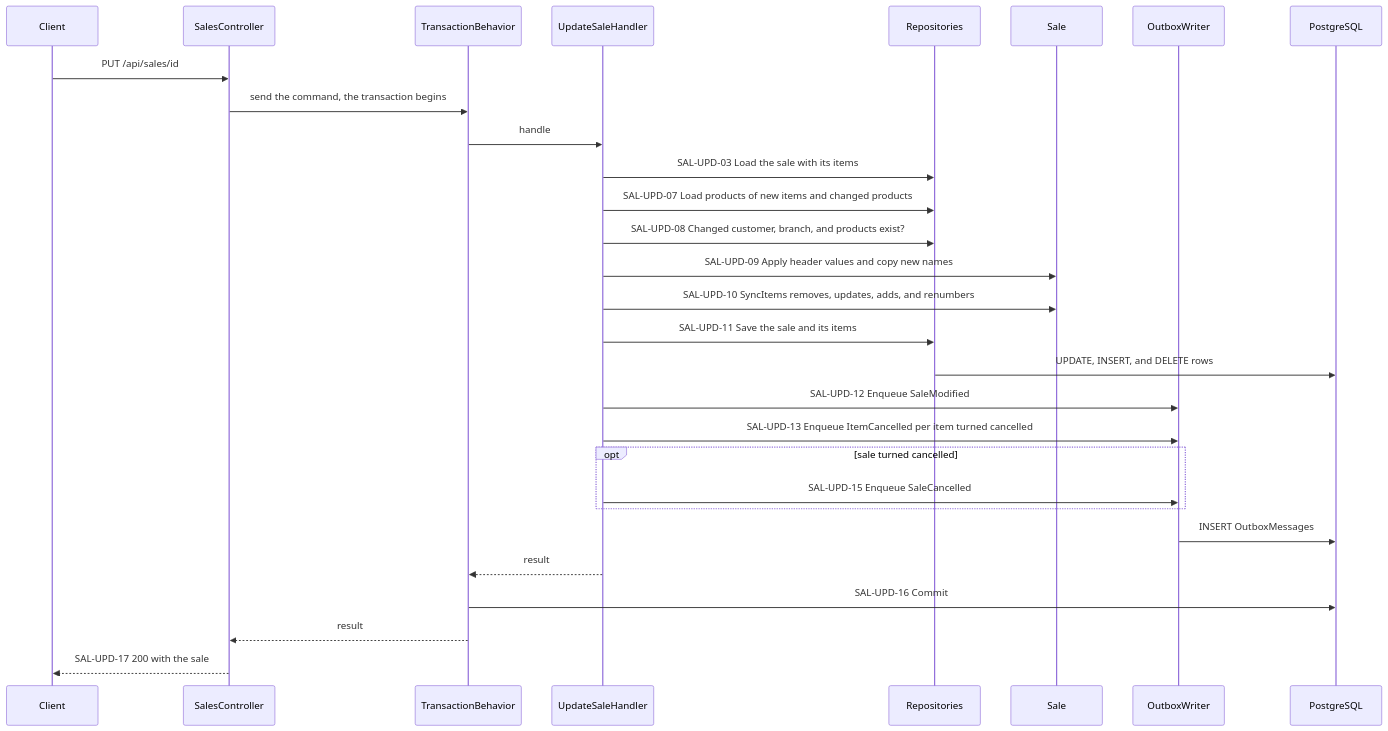
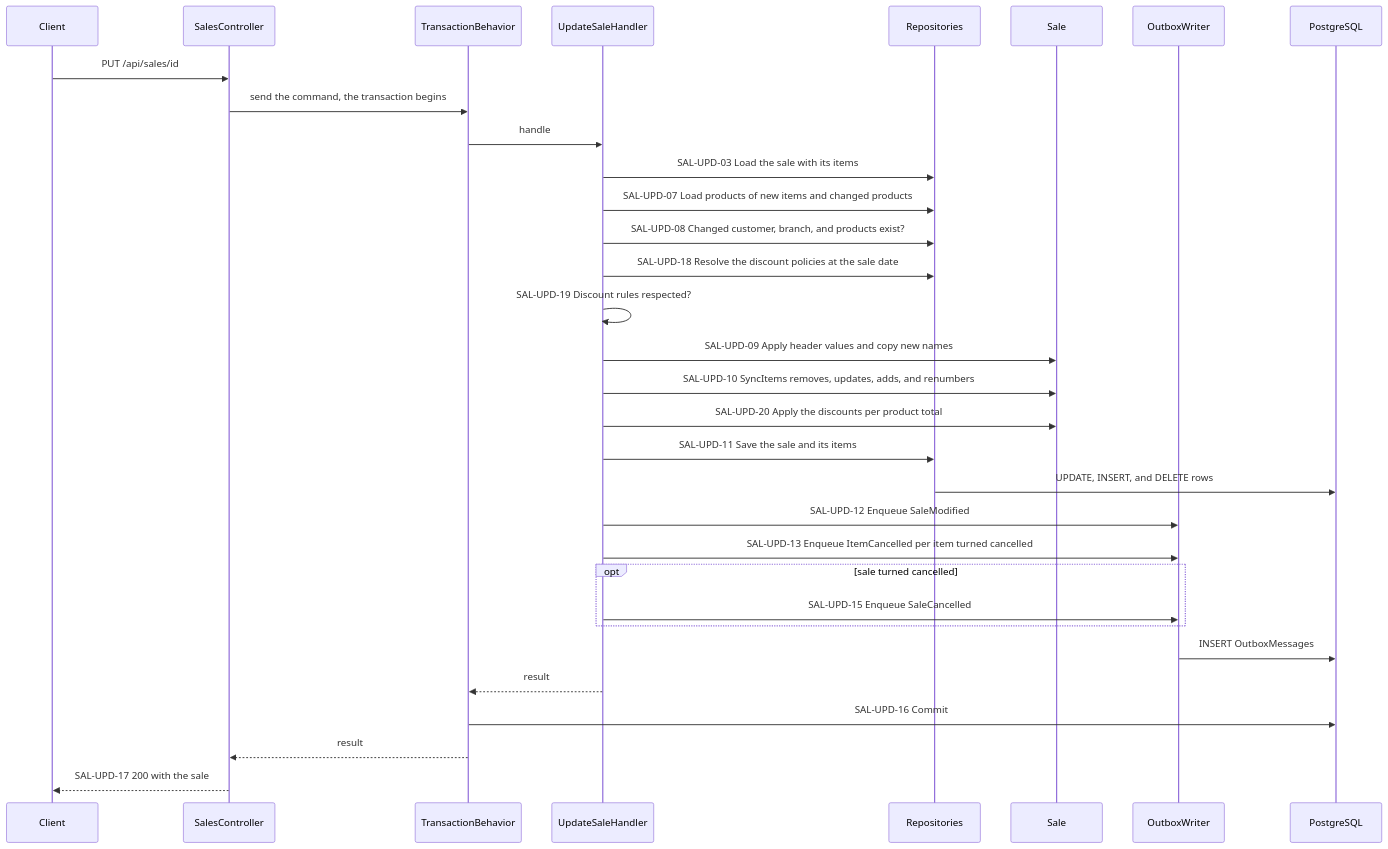
The tenth of 21 diagrams in backend/docs/sales.md (idg2/mouts-backend-challenge), drawn with Mermaid before and after one commit. The commit also changed other lines of this file and 128 other files, not shown here.

Commit message:
feat: discount policy matrix with append-only scoped policies, priced sale items, and policy disabling

````diff
--- a/backend/docs/sales.md
+++ b/backend/docs/sales.md
@@ -308,31 +330,34 @@
 ```mermaid
 sequenceDiagram
   participant C as Client
   participant K as SalesController
   participant T as TransactionBehavior
   participant H as UpdateSaleHandler
   participant R as Repositories
   participant S as Sale
   participant O as OutboxWriter
   participant P as PostgreSQL
   C->>K: PUT /api/sales/id
   K->>T: send the command, the transaction begins
   T->>H: handle
   H->>R: SAL-UPD-03 Load the sale with its items
   H->>R: SAL-UPD-07 Load products of new items and changed products
   H->>R: SAL-UPD-08 Changed customer, branch, and products exist?
+  H->>R: SAL-UPD-18 Resolve the discount policies at the sale date
+  H->>H: SAL-UPD-19 Discount rules respected?
   H->>S: SAL-UPD-09 Apply header values and copy new names
   H->>S: SAL-UPD-10 SyncItems removes, updates, adds, and renumbers
+  H->>S: SAL-UPD-20 Apply the discounts per product total
   H->>R: SAL-UPD-11 Save the sale and its items
   R->>P: UPDATE, INSERT, and DELETE rows
   H->>O: SAL-UPD-12 Enqueue SaleModified
   H->>O: SAL-UPD-13 Enqueue ItemCancelled per item turned cancelled
   opt sale turned cancelled
     H->>O: SAL-UPD-15 Enqueue SaleCancelled
   end
   O->>P: INSERT OutboxMessages
   H-->>T: result
   T->>P: SAL-UPD-16 Commit
   T-->>K: result
   K-->>C: SAL-UPD-17 200 with the sale
 ```
````
